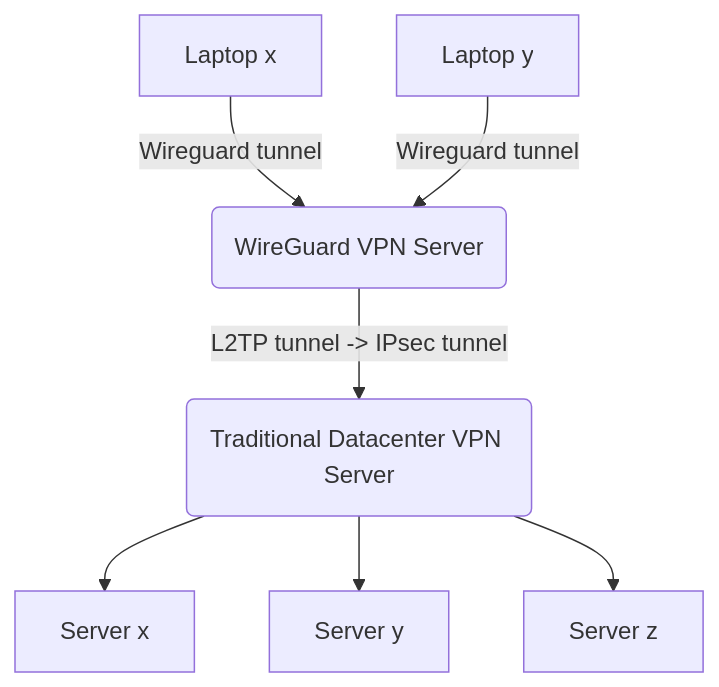
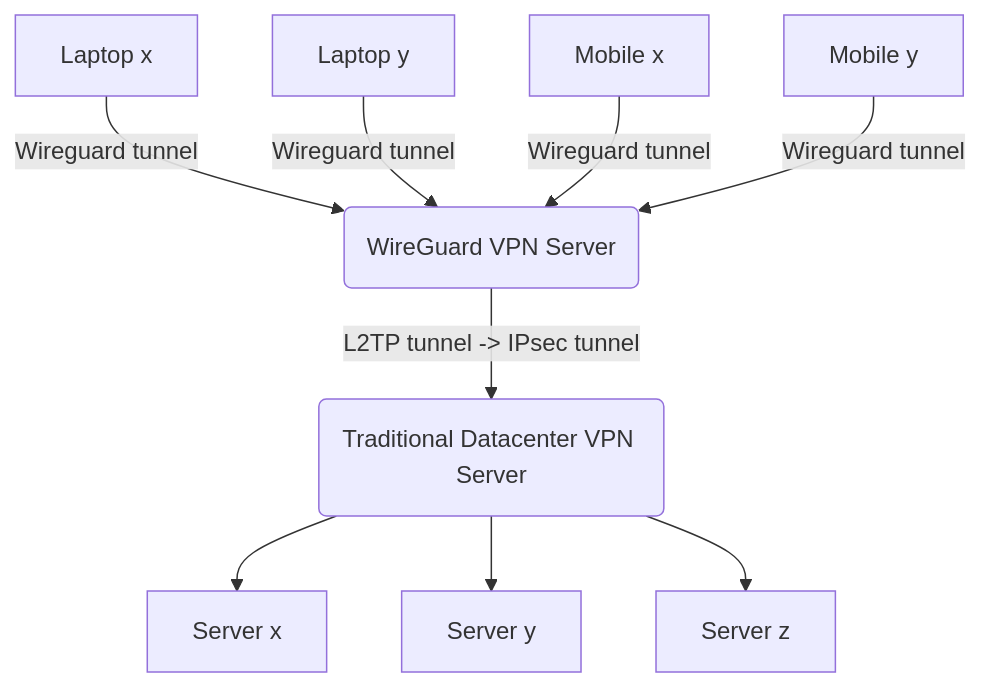
Before and after one commit to KarmaComputing/server-bootstrap: the diagram in vpn-client/README.md, drawn with Mermaid.

Commit message:
Update README.md
updated the flow chart to include mobiles

````diff
--- a/vpn-client/README.md
+++ b/vpn-client/README.md
@@ -25,10 +25,11 @@
 ```mermaid
 flowchart TD
     A[Laptop x] -->|Wireguard tunnel| B(WireGuard VPN Server)
     C[Laptop y] -->|Wireguard tunnel| B(WireGuard VPN Server)
-
+    I[Mobile x] -->|Wireguard tunnel| B(WireGuard VPN Server)
+    J[Mobile y] -->|Wireguard tunnel| B(WireGuard VPN Server)
     B --> |L2TP tunnel -> IPsec tunnel| E(Traditional Datacenter VPN Server)
     E --> F[Server x]
     E --> G[Server y]
     E --> H[Server z]
 ```
````
